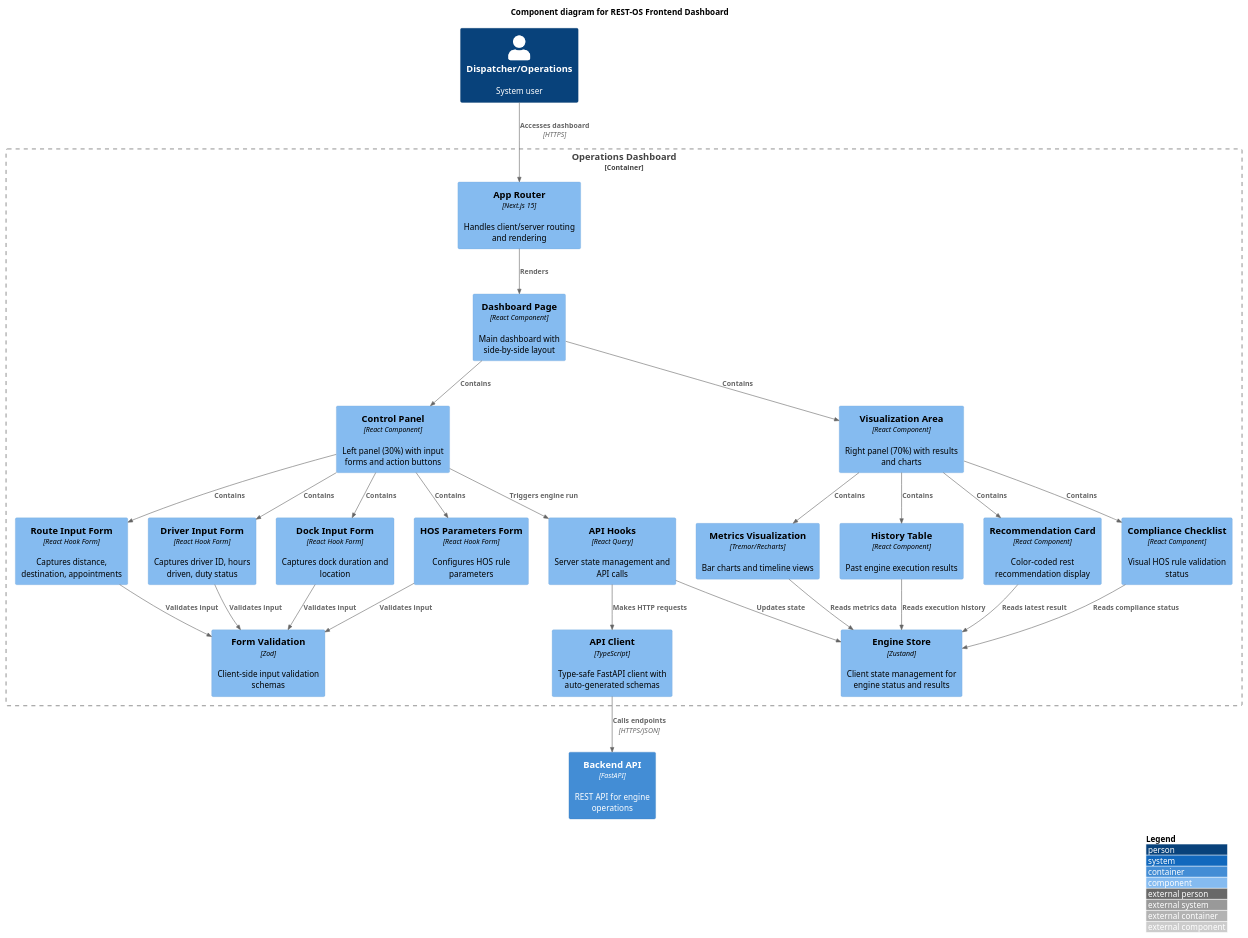
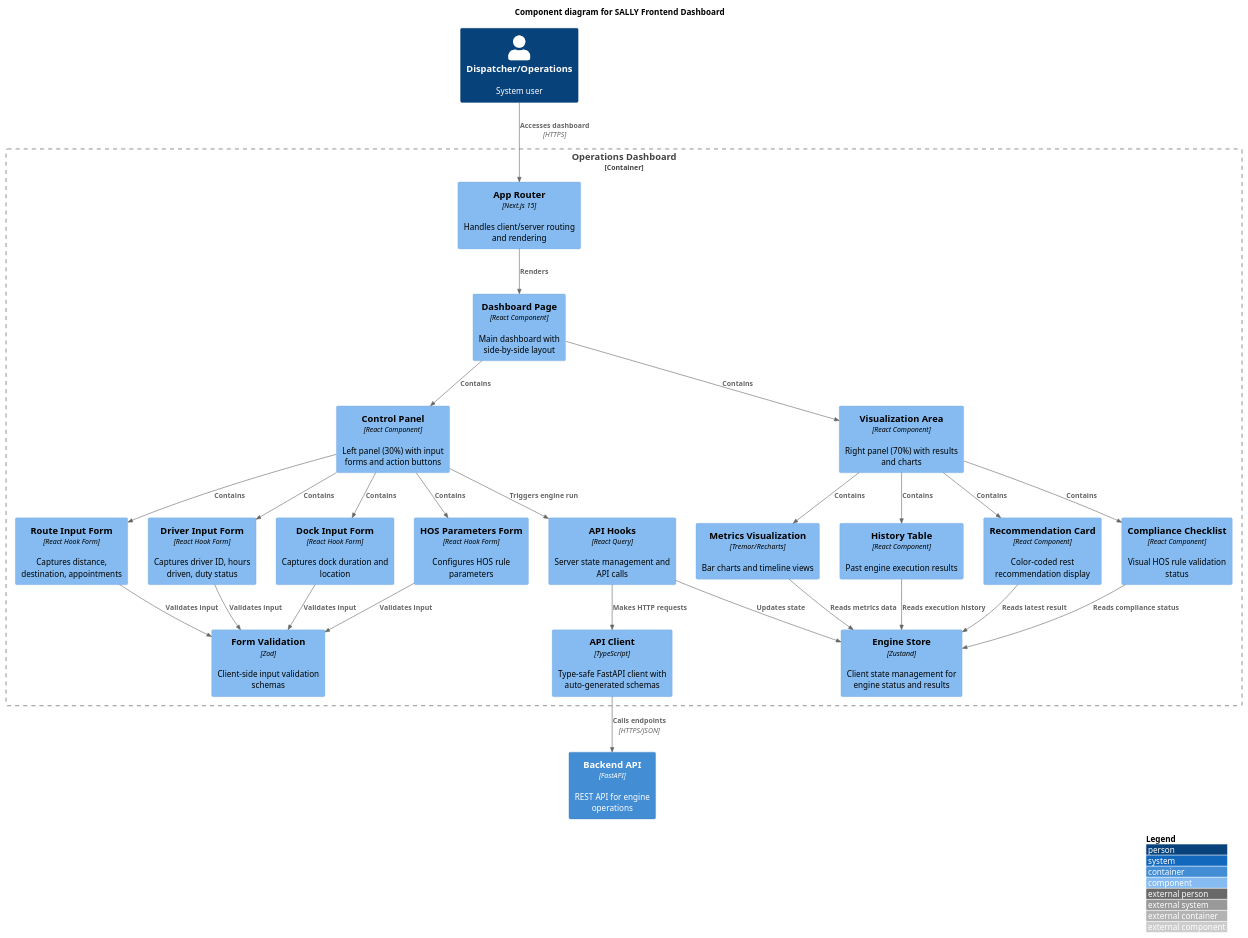
Before and after one commit to app-shore/sally: the diagram in .docs/architecture/c4-level3-component-frontend.puml, drawn with PlantUML. The commit also changed 38 other files, not shown here.

```diff
--- a/.docs/architecture/c4-level3-component-frontend.puml
+++ b/.docs/architecture/c4-level3-component-frontend.puml
@@ -1,69 +1,69 @@
 @startuml C4_Component_Frontend
 !include https://raw.githubusercontent.com/plantuml-stdlib/C4-PlantUML/master/C4_Component.puml
 
 LAYOUT_WITH_LEGEND()
 
-title Component diagram for REST-OS Frontend Dashboard
+title Component diagram for SALLY Frontend Dashboard
 
 Person(user, "Dispatcher/Operations", "System user")
 
 Container_Boundary(web, "Operations Dashboard") {
     Component(app_router, "App Router", "Next.js 15", "Handles client/server routing and rendering")
 
     Component(dashboard_page, "Dashboard Page", "React Component", "Main dashboard with side-by-side layout")
 
     Component(control_panel, "Control Panel", "React Component", "Left panel (30%) with input forms and action buttons")
     Component(viz_area, "Visualization Area", "React Component", "Right panel (70%) with results and charts")
 
     Component(driver_form, "Driver Input Form", "React Hook Form", "Captures driver ID, hours driven, duty status")
     Component(dock_form, "Dock Input Form", "React Hook Form", "Captures dock duration and location")
     Component(route_form, "Route Input Form", "React Hook Form", "Captures distance, destination, appointments")
     Component(hos_form, "HOS Parameters Form", "React Hook Form", "Configures HOS rule parameters")
 
     Component(rec_card, "Recommendation Card", "React Component", "Color-coded rest recommendation display")
     Component(compliance_check, "Compliance Checklist", "React Component", "Visual HOS rule validation status")
     Component(metrics_viz, "Metrics Visualization", "Tremor/Recharts", "Bar charts and timeline views")
     Component(history_table, "History Table", "React Component", "Past engine execution results")
 
     Component(engine_store, "Engine Store", "Zustand", "Client state management for engine status and results")
     Component(api_hooks, "API Hooks", "React Query", "Server state management and API calls")
     Component(api_client, "API Client", "TypeScript", "Type-safe FastAPI client with auto-generated schemas")
 
     Component(validation, "Form Validation", "Zod", "Client-side input validation schemas")
 }
 
 Container(api, "Backend API", "FastAPI", "REST API for engine operations")
 
 Rel(user, app_router, "Accesses dashboard", "HTTPS")
 
 Rel(app_router, dashboard_page, "Renders")
 
 Rel(dashboard_page, control_panel, "Contains")
 Rel(dashboard_page, viz_area, "Contains")
 
 Rel(control_panel, driver_form, "Contains")
 Rel(control_panel, dock_form, "Contains")
 Rel(control_panel, route_form, "Contains")
 Rel(control_panel, hos_form, "Contains")
 
 Rel(viz_area, rec_card, "Contains")
 Rel(viz_area, compliance_check, "Contains")
 Rel(viz_area, metrics_viz, "Contains")
 Rel(viz_area, history_table, "Contains")
 
 Rel(driver_form, validation, "Validates input")
 Rel(dock_form, validation, "Validates input")
 Rel(route_form, validation, "Validates input")
 Rel(hos_form, validation, "Validates input")
 
 Rel(control_panel, api_hooks, "Triggers engine run")
 Rel(api_hooks, api_client, "Makes HTTP requests")
 Rel(api_client, api, "Calls endpoints", "HTTPS/JSON")
 
 Rel(api_hooks, engine_store, "Updates state")
 Rel(rec_card, engine_store, "Reads latest result")
 Rel(compliance_check, engine_store, "Reads compliance status")
 Rel(metrics_viz, engine_store, "Reads metrics data")
 Rel(history_table, engine_store, "Reads execution history")
 
 @enduml
```
